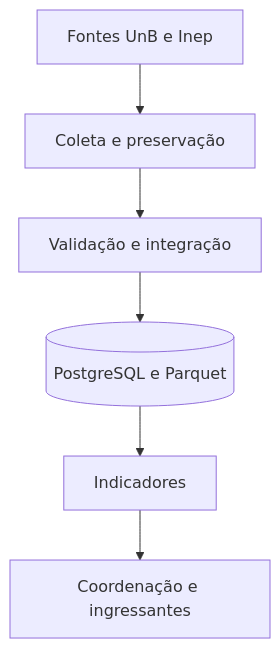
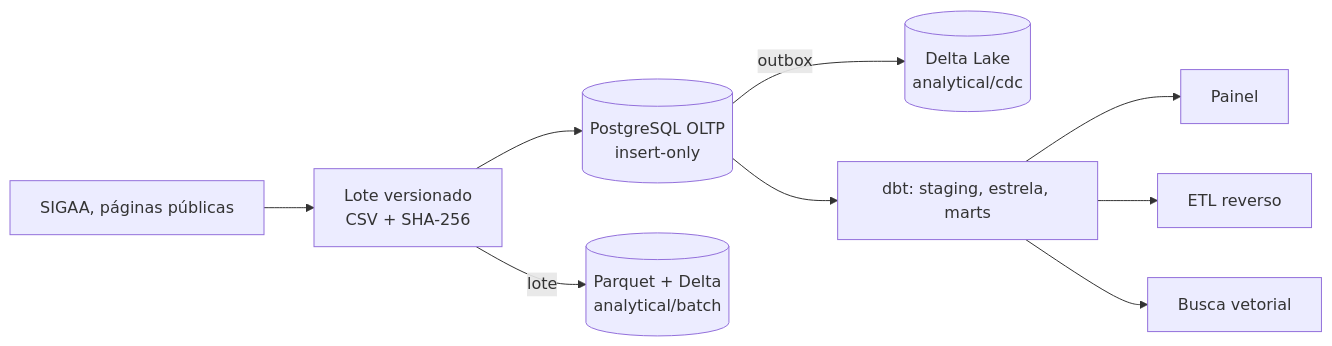
Before and after one commit to Trajetorias-Academicas-BD2-2026-2/documentation: the diagram in docs/index.md, drawn with Mermaid. The commit also changed other lines of this file and 6 other files, not shown here.

````diff
--- a/docs/index.md
+++ b/docs/index.md
@@ -106,8 +68,11 @@
 ```mermaid
-flowchart TB
-    A[Fontes UnB e Inep] --> B[Coleta e preservação]
-    B --> C[Validação e integração]
-    C --> D[(PostgreSQL e Parquet)]
-    D --> E[Indicadores]
-    E --> F[Coordenação e ingressantes]
+flowchart LR
+    A[SIGAA, páginas públicas] --> B[Lote versionado<br/>CSV + SHA-256]
+    B --> C[(PostgreSQL OLTP<br/>insert-only)]
+    C -->|outbox| D[(Delta Lake<br/>analytical/cdc)]
+    B -->|lote| E[(Parquet + Delta<br/>analytical/batch)]
+    C --> F[dbt: staging, estrela, marts]
+    F --> G[Painel]
+    F --> H[ETL reverso]
+    F --> I[Busca vetorial]
 ```
````
